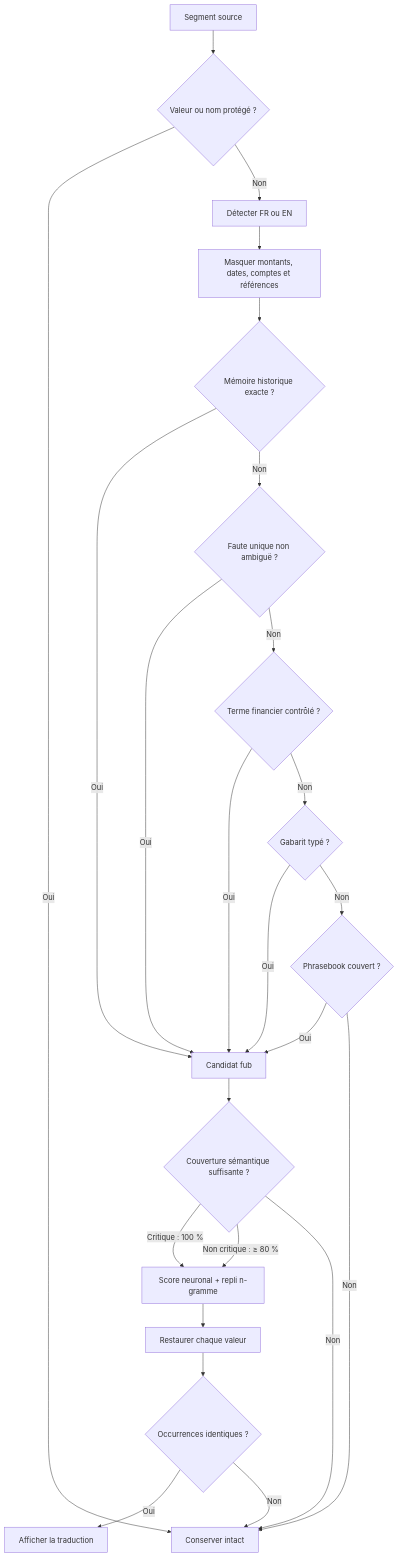
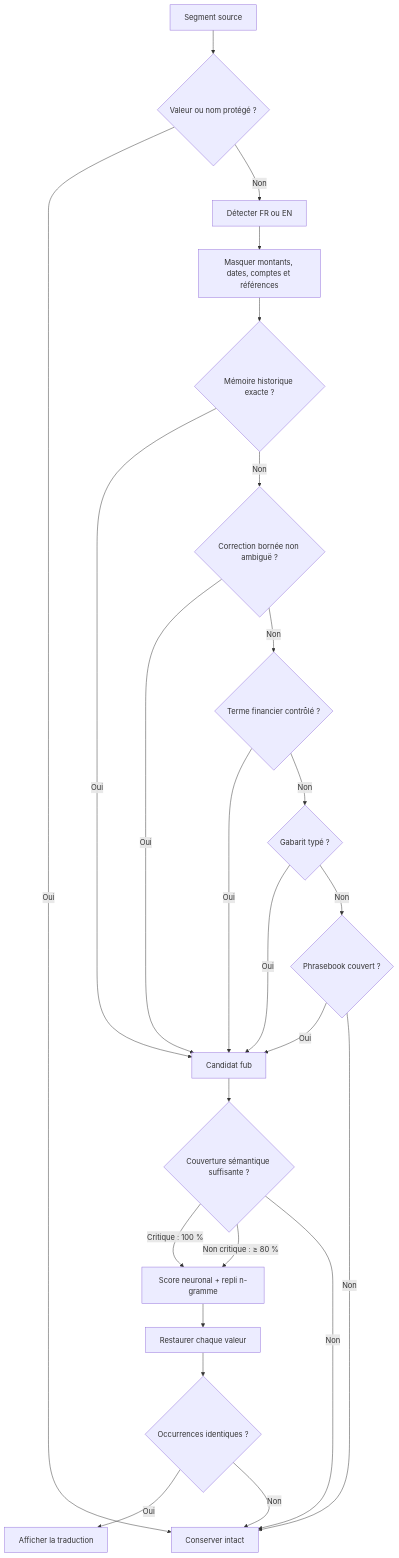
One commit to kaezerwatto/KORA changed the third of 7 diagrams in docs/ARCHITECTURE.md. Above: the diagram before and after it, drawn with Mermaid. The commit also changed other lines of this file and 21 other files, not shown here.

````diff
--- a/docs/ARCHITECTURE.md
+++ b/docs/ARCHITECTURE.md
@@ -72,26 +75,26 @@
 ```mermaid
 flowchart TD
     A[Segment source] --> B{Valeur ou nom protégé ?}
     B -->|Oui| Z[Conserver intact]
     B -->|Non| C[Détecter FR ou EN]
     C --> D[Masquer montants, dates, comptes et références]
     D --> E{Mémoire historique exacte ?}
     E -->|Oui| J[Candidat fub]
-    E -->|Non| R{Faute unique non ambiguë ?}
+    E -->|Non| R{Correction bornée non ambiguë ?}
     R -->|Oui| J
     R -->|Non| CE{Terme financier contrôlé ?}
     CE -->|Oui| J
     CE -->|Non| F{Gabarit typé ?}
     F -->|Oui| J
     F -->|Non| G{Phrasebook couvert ?}
     G -->|Oui| J
     G -->|Non| Z
     J --> H{Couverture sémantique suffisante ?}
     H -->|Critique : 100 %| I[Score neuronal + repli n-gramme]
     H -->|Non critique : ≥ 80 %| I
     H -->|Non| Z
     I --> K[Restaurer chaque valeur]
     K --> L{Occurrences identiques ?}
     L -->|Oui| M[Afficher la traduction]
     L -->|Non| Z
 ```
````
